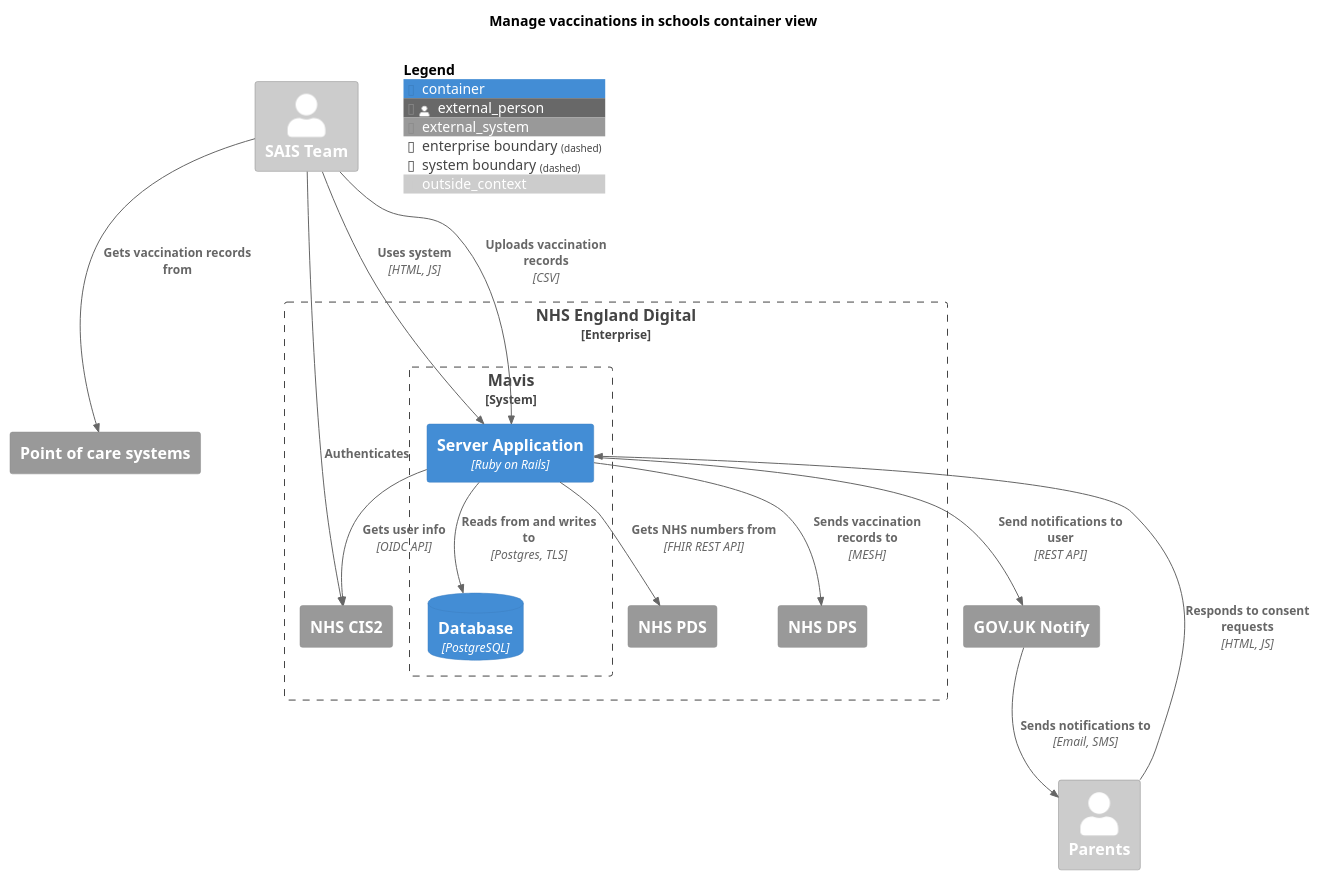
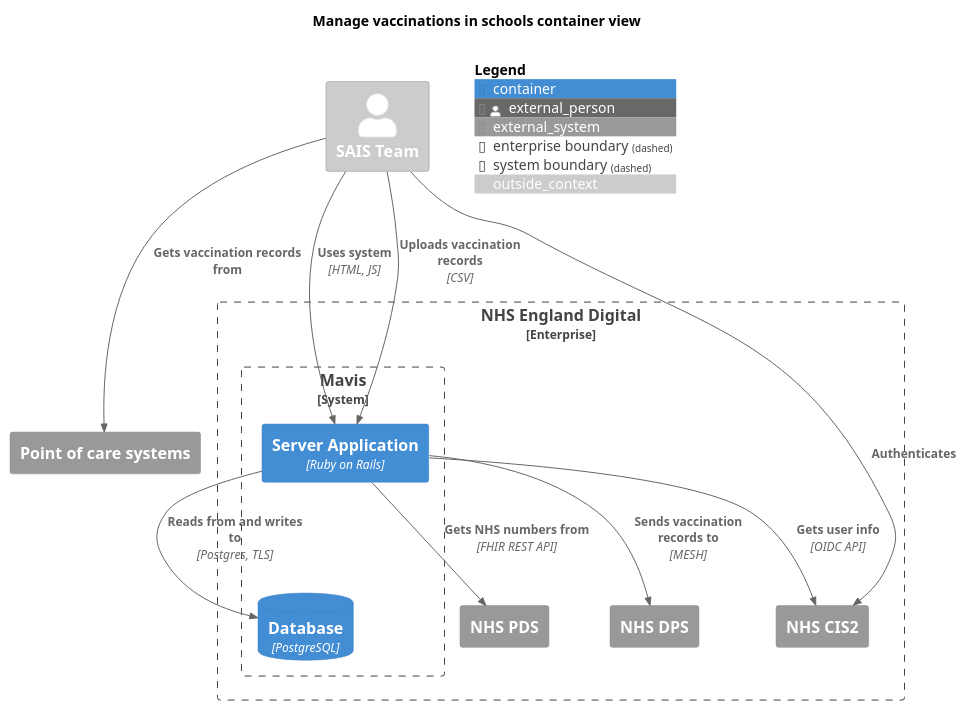
The diagram in docs/diagrams/container-view.puml (nhsuk/manage-vaccinations-in-schools), drawn with PlantUML before and after one commit. The commit also changed 2 other files, not shown here.

Commit message:
Update arch diagrams for release 0

```diff
--- a/docs/diagrams/container-view.puml
+++ b/docs/diagrams/container-view.puml
@@ -1,45 +1,39 @@
 @startuml
 
 !include <C4/C4_Container.puml>
 
 LAYOUT_TOP_DOWN()
 
 title "Manage vaccinations in schools container view"
 
 AddElementTag("outside_context", $bgColor="#CCC", $fontColor="#FFF")
 
 Person_Ext(sais, "SAIS Team", $tags="outside_context")
-Person_Ext(parents, "Parents", $tags="outside_context")
 
 System_Ext(poc, "Point of care systems")
 
 Enterprise_Boundary(nhs, "NHS England Digital") {
   System_Boundary(manage, "Mavis") {
     Container(mavis, "Server Application", "Ruby on Rails")
     ContainerDb(mavis_db, "Database", "PostgreSQL")
   }
 
   System_Ext(cis, "NHS CIS2")
   System_Ext(pds, "NHS PDS")
   System_Ext(dps, "NHS DPS")
 }
 
-System_Ext(notify, "GOV.UK Notify")
-
 AddRelTag("optional", $textColor="black", $lineColor="black", $lineStyle="dashed")
 
 Rel(sais, cis, "Authenticates")
 Rel(mavis, cis, "Gets user info", "OIDC API")
 Rel(sais, mavis, "Uses system", "HTML, JS")
 Rel(sais, poc, "Gets vaccination records from")
 Rel(sais, mavis, "Uploads vaccination records", "CSV")
-Rel(parents, mavis, "Responds to consent requests", "HTML, JS")
-Rel(mavis, notify, "Send notifications to user", "REST API")
-Rel(notify, parents, "Sends notifications to", "Email, SMS")
 Rel(mavis, pds, "Gets NHS numbers from", "FHIR REST API")
 Rel(mavis, dps, "Sends vaccination records to", "MESH")
 Rel(mavis, mavis_db, "Reads from and writes to", "Postgres, TLS")
 
 SHOW_FLOATING_LEGEND()
 
 @enduml
```
